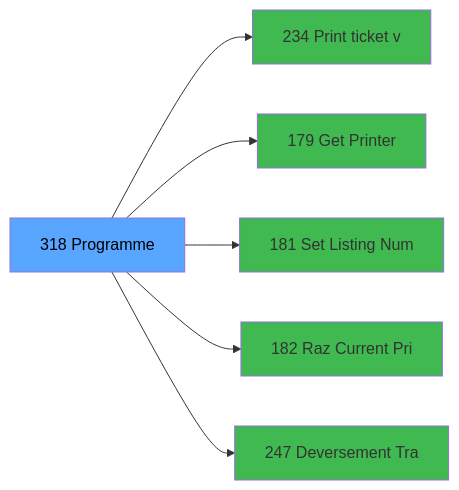
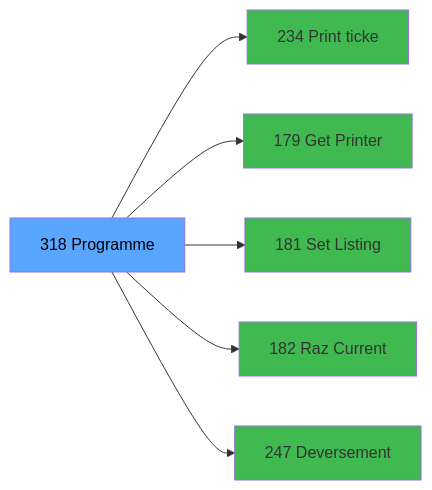
The third of 3 diagrams in .openspec/specs/ADH-IDE-318.md (thonyAGP/magic-migration), drawn with Mermaid before and after one commit. The commit also changed other lines of this file and 323 other files, not shown here.

````diff
--- a/.openspec/specs/ADH-IDE-318.md
+++ b/.openspec/specs/ADH-IDE-318.md
@@ -135,20 +160,20 @@
 ```mermaid
 graph LR
     T[318 Programme]
-    C234[234  Print ticket v]
+    C234[234  Print ticke]
     T --> C234
     C179[179 Get Printer]
     T --> C179
-    C181[181 Set Listing Num]
+    C181[181 Set Listing ]
     T --> C181
-    C182[182 Raz Current Pri]
+    C182[182 Raz Current ]
     T --> C182
-    C247[247 Deversement Tra]
+    C247[247 Deversement ]
     T --> C247
     style T fill:#58a6ff,color:#000
     style C234 fill:#3fb950
     style C179 fill:#3fb950
     style C181 fill:#3fb950
     style C182 fill:#3fb950
     style C247 fill:#3fb950
 ```
````
